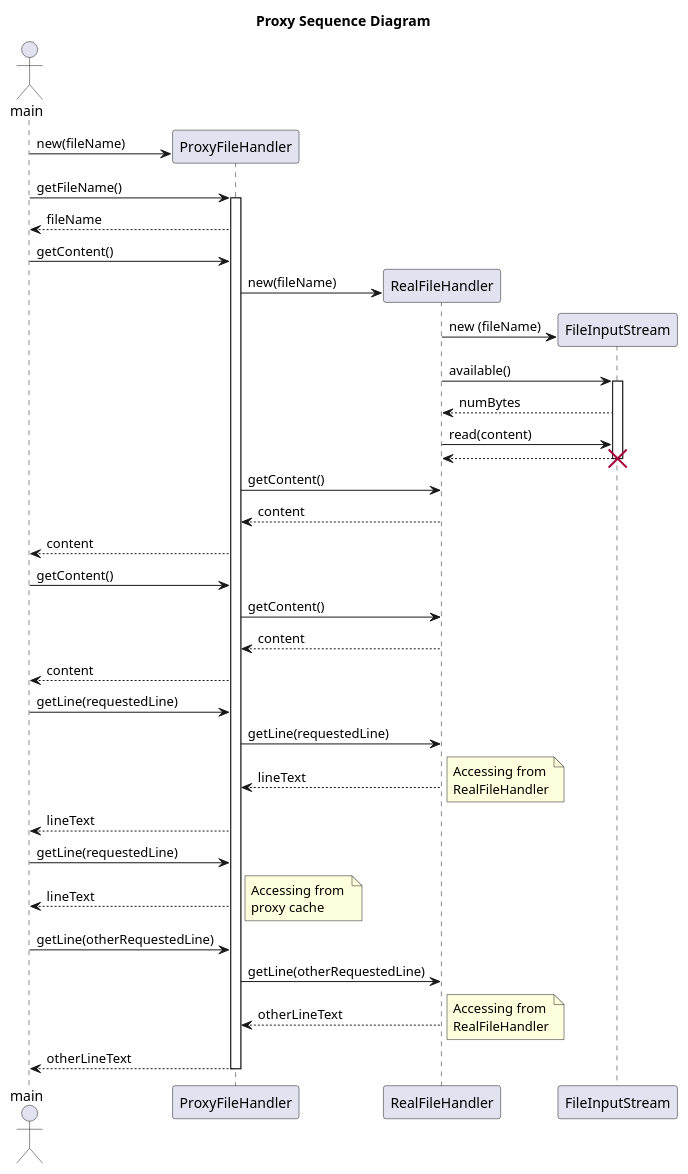
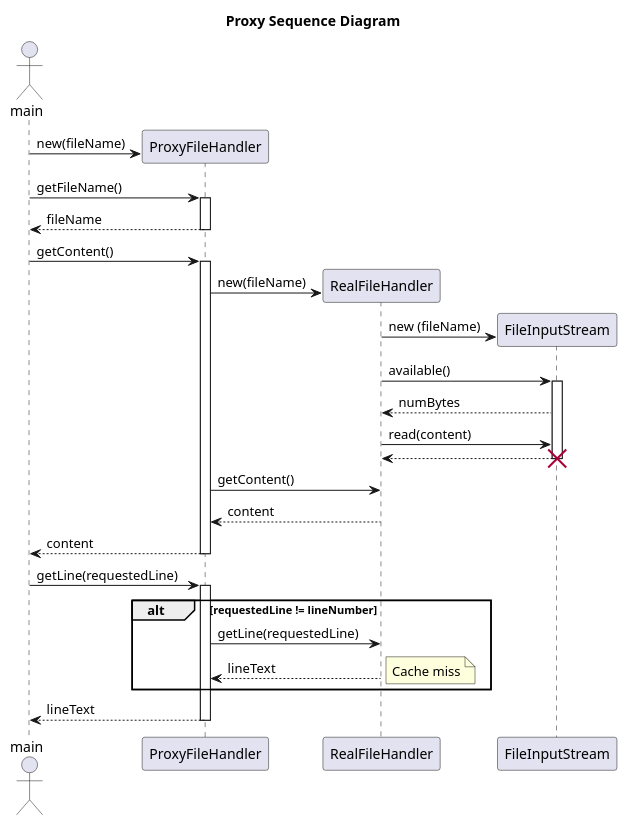
Before and after one commit to BeqaKhaburdzania/FreeUni-SDP-2013-Lab-UML: the diagram in Proxy/uml/SequenceDiagram.puml, drawn with PlantUML.

Commit message:
Simplified. Used ALT where appropriate.

```diff
--- a/Proxy/uml/SequenceDiagram.puml
+++ b/Proxy/uml/SequenceDiagram.puml
@@ -1,52 +1,44 @@
 @startuml
 
 title Proxy Sequence Diagram
 
 actor main
 create ProxyFileHandler
 
 main -> ProxyFileHandler : new(fileName)
 main -> ProxyFileHandler : getFileName()
 activate ProxyFileHandler
 main <-- ProxyFileHandler : fileName
+deactivate ProxyFileHandler
 
 main -> ProxyFileHandler : getContent()
+activate ProxyFileHandler
 create RealFileHandler
     ProxyFileHandler -> RealFileHandler : new(fileName)
     create FileInputStream
     RealFileHandler -> FileInputStream : new (fileName)
     RealFileHandler -> FileInputStream : available()
     activate FileInputStream
     RealFileHandler <-- FileInputStream : numBytes
     RealFileHandler -> FileInputStream : read(content)
     RealFileHandler <-- FileInputStream
     deactivate FileInputStream
     destroy FileInputStream
 ProxyFileHandler -> RealFileHandler : getContent()
 ProxyFileHandler <-- RealFileHandler : content
 main <-- ProxyFileHandler : content
-
-main -> ProxyFileHandler : getContent()
-ProxyFileHandler -> RealFileHandler : getContent()
-ProxyFileHandler <-- RealFileHandler : content
-main <-- ProxyFileHandler : content
+deactivate ProxyFileHandler
 
 main -> ProxyFileHandler : getLine(requestedLine)
-ProxyFileHandler -> RealFileHandler : getLine(requestedLine)
-ProxyFileHandler <-- RealFileHandler : lineText
-note right : Accessing from \nRealFileHandler
+activate ProxyFileHandler
+alt requestedLine != lineNumber
+	ProxyFileHandler -> RealFileHandler : getLine(requestedLine)
+	ProxyFileHandler <-- RealFileHandler : lineText
+	note right : Cache miss
+end
 main <-- ProxyFileHandler : lineText
 
-main -> ProxyFileHandler : getLine(requestedLine)
-main <-- ProxyFileHandler : lineText
-note right: Accessing from \nproxy cache
-
-main -> ProxyFileHandler : getLine(otherRequestedLine)
-ProxyFileHandler -> RealFileHandler : getLine(otherRequestedLine)
-ProxyFileHandler <-- RealFileHandler : otherLineText
-note right : Accessing from \nRealFileHandler
-main <-- ProxyFileHandler : otherLineText
-
+	
 deactivate ProxyFileHandler
 
 @enduml
```
